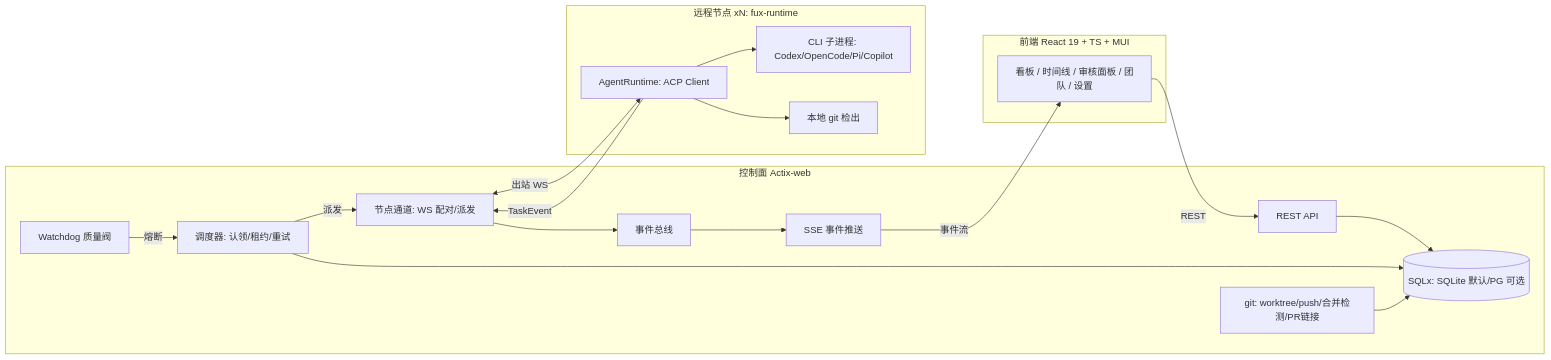
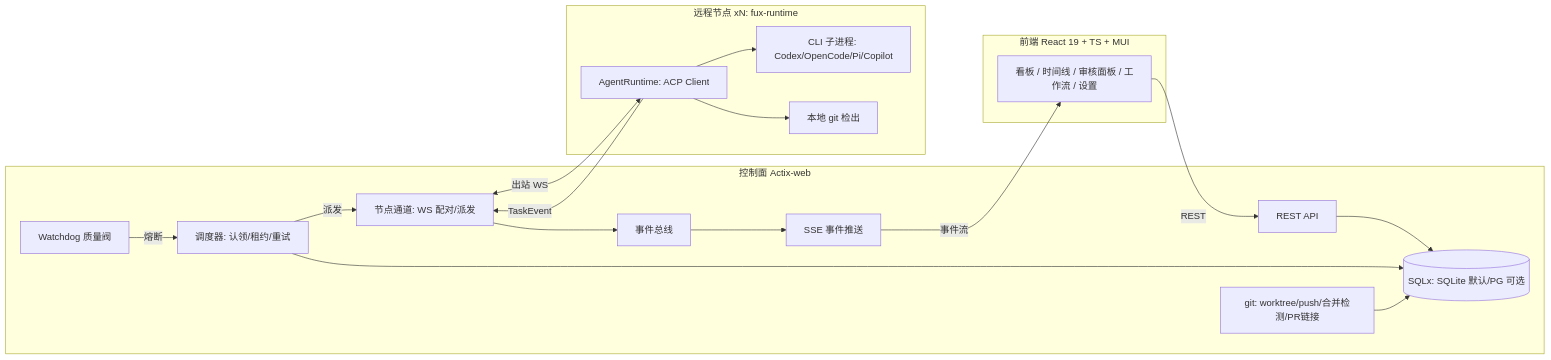
Before and after one commit to wosledon/fux: the fourth of 4 diagrams in docs/PRD.md, drawn with Mermaid. The commit also changed other lines of this file and 34 other files, not shown here.

````diff
--- a/docs/PRD.md
+++ b/docs/PRD.md
@@ -377,32 +394,32 @@
 ```mermaid
 flowchart LR
     subgraph FE[前端 React 19 + TS + MUI]
-        UI[看板 / 时间线 / 审核面板 / 团队 / 设置]
+        UI[看板 / 时间线 / 审核面板 / 工作流 / 设置]
     end
     subgraph CP[控制面 Actix-web]
         API[REST API]
         SSE[SSE 事件推送]
         SCH[调度器: 认领/租约/重试]
         WD[Watchdog 质量阀]
         GIT[git: worktree/push/合并检测/PR链接]
         NCH[节点通道: WS 配对/派发]
         EB[事件总线]
         DB[(SQLx: SQLite 默认/PG 可选)]
     end
     subgraph NODE[远程节点 xN: fux-runtime]
         RT[AgentRuntime: ACP Client]
         CLI[CLI 子进程: Codex/OpenCode/Pi/Copilot]
         GITN[本地 git 检出]
     end
     UI -->|REST| API
     SSE -->|事件流| UI
     API --> DB
     SCH --> DB
     WD -->|熔断| SCH
     SCH -->|派发| NCH
     NCH <-->|出站 WS| RT
     RT --> CLI
     RT --> GITN
     RT -->|TaskEvent| NCH --> EB --> SSE
     GIT --> DB
 ```
````
